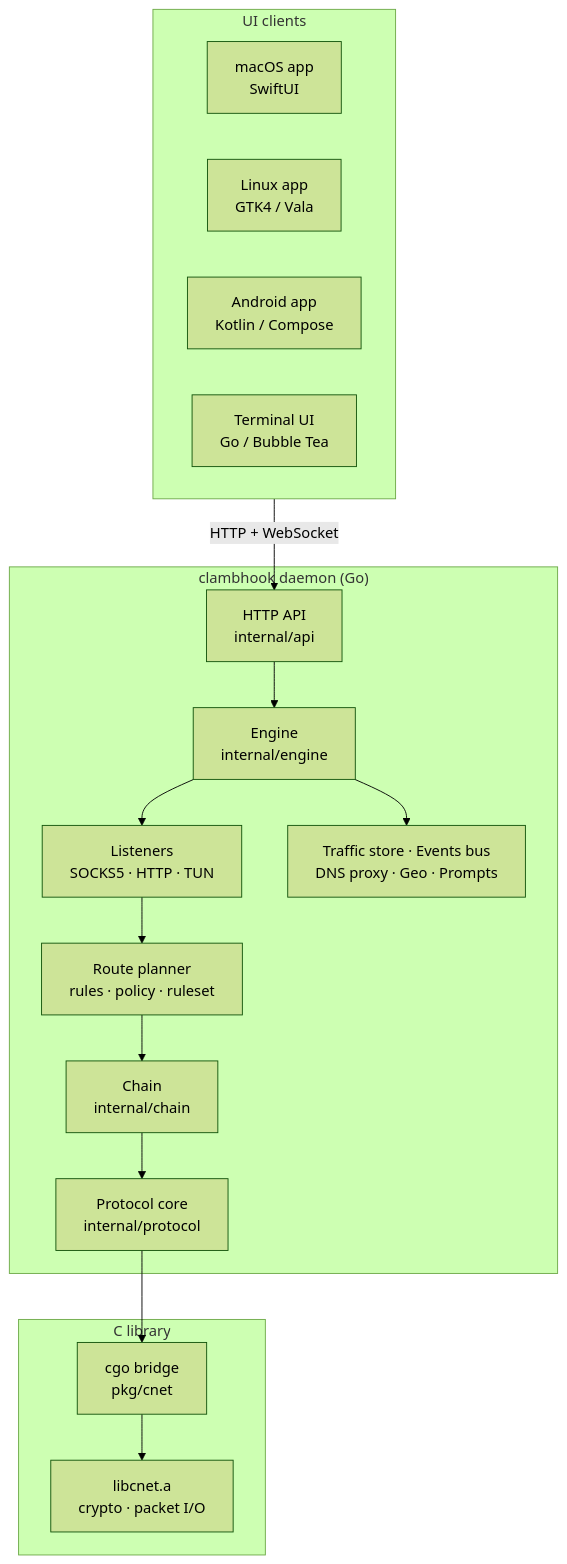
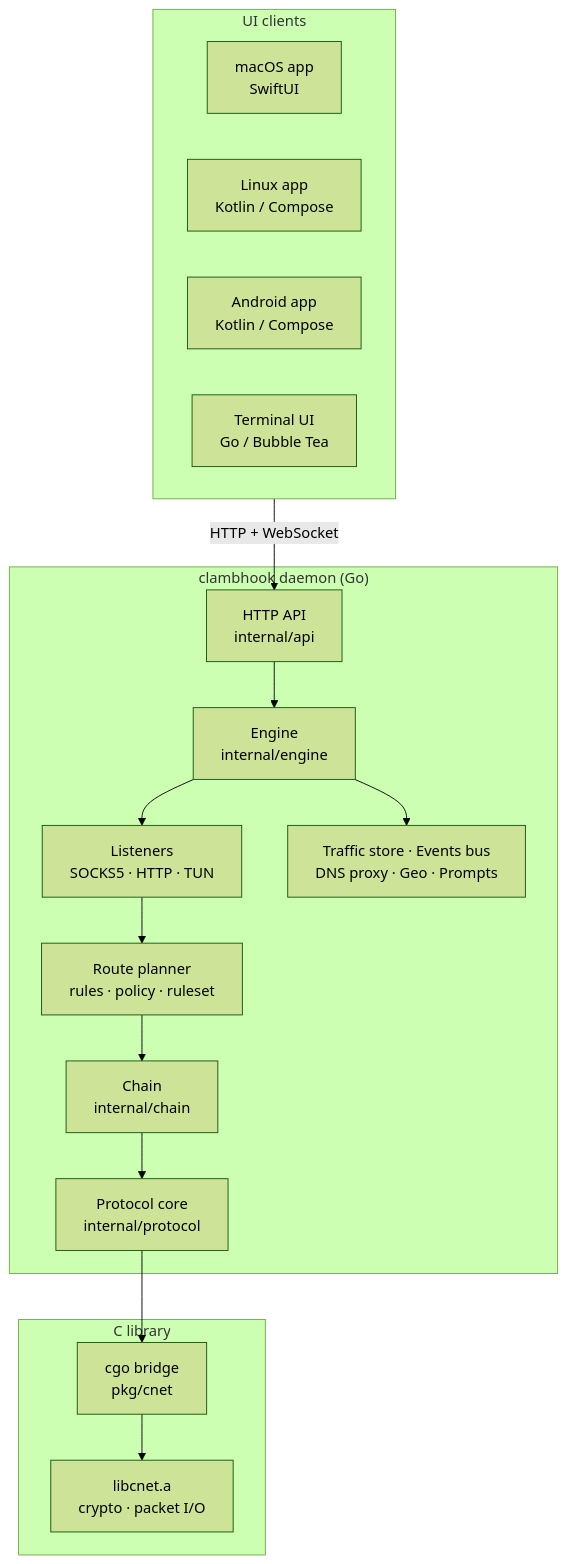
The first of 4 diagrams in README.md (JohnThre/clambhook), drawn with Mermaid (forest theme) before and after one commit. The commit also changed other lines of this file and 58 other files, not shown here.

````diff
--- a/README.md
+++ b/README.md
@@ -29,30 +29,30 @@
 ```mermaid
 graph TD
     subgraph clients["UI clients"]
         mac["macOS app<br/>SwiftUI"]
-        linux["Linux app<br/>GTK4 / Vala"]
+        linux["Linux app<br/>Kotlin / Compose"]
         android["Android app<br/>Kotlin / Compose"]
         tui["Terminal UI<br/>Go / Bubble Tea"]
     end
 
     subgraph daemon["clambhook daemon (Go)"]
         api["HTTP API<br/>internal/api"]
         engine["Engine<br/>internal/engine"]
         listeners["Listeners<br/>SOCKS5 · HTTP · TUN"]
         router["Route planner<br/>rules · policy · ruleset"]
         chain["Chain<br/>internal/chain"]
         protocols["Protocol core<br/>internal/protocol"]
         support["Traffic store · Events bus<br/>DNS proxy · Geo · Prompts"]
     end
 
     subgraph native["C library"]
         cnet["cgo bridge<br/>pkg/cnet"]
         clib["libcnet.a<br/>crypto · packet I/O"]
     end
 
     clients -->|HTTP + WebSocket| api
     api --> engine
     engine --> listeners --> router --> chain --> protocols
     engine --> support
     protocols --> cnet --> clib
 ```
````
